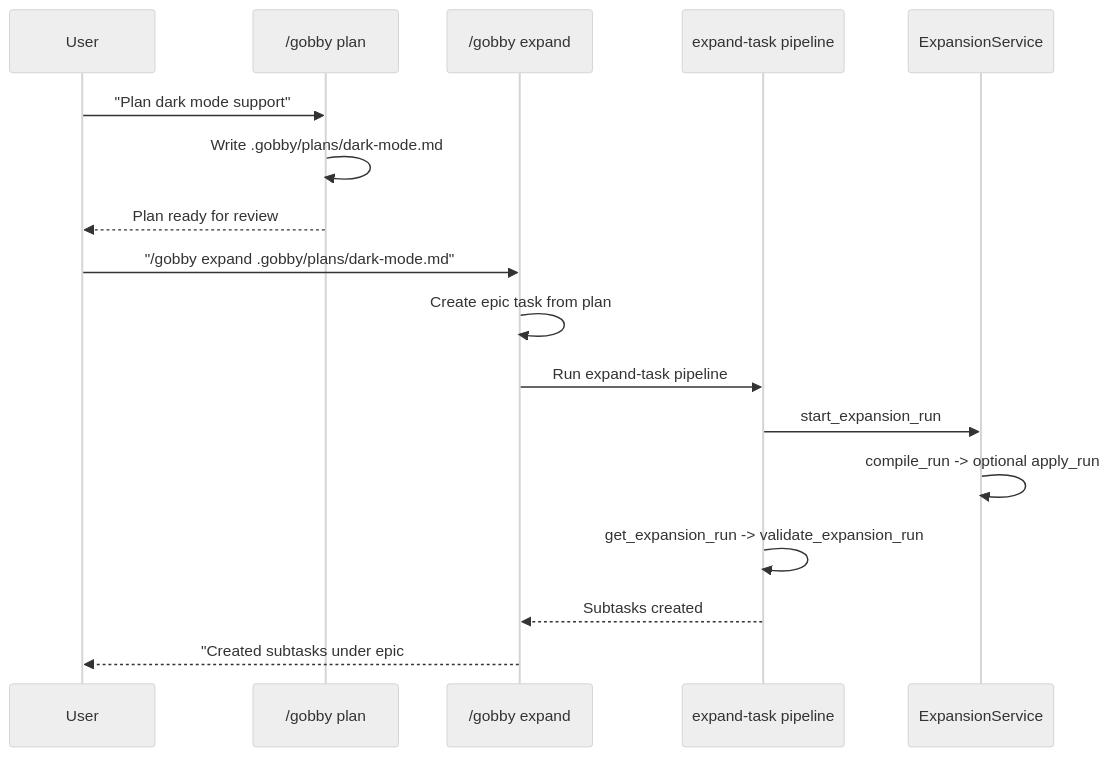
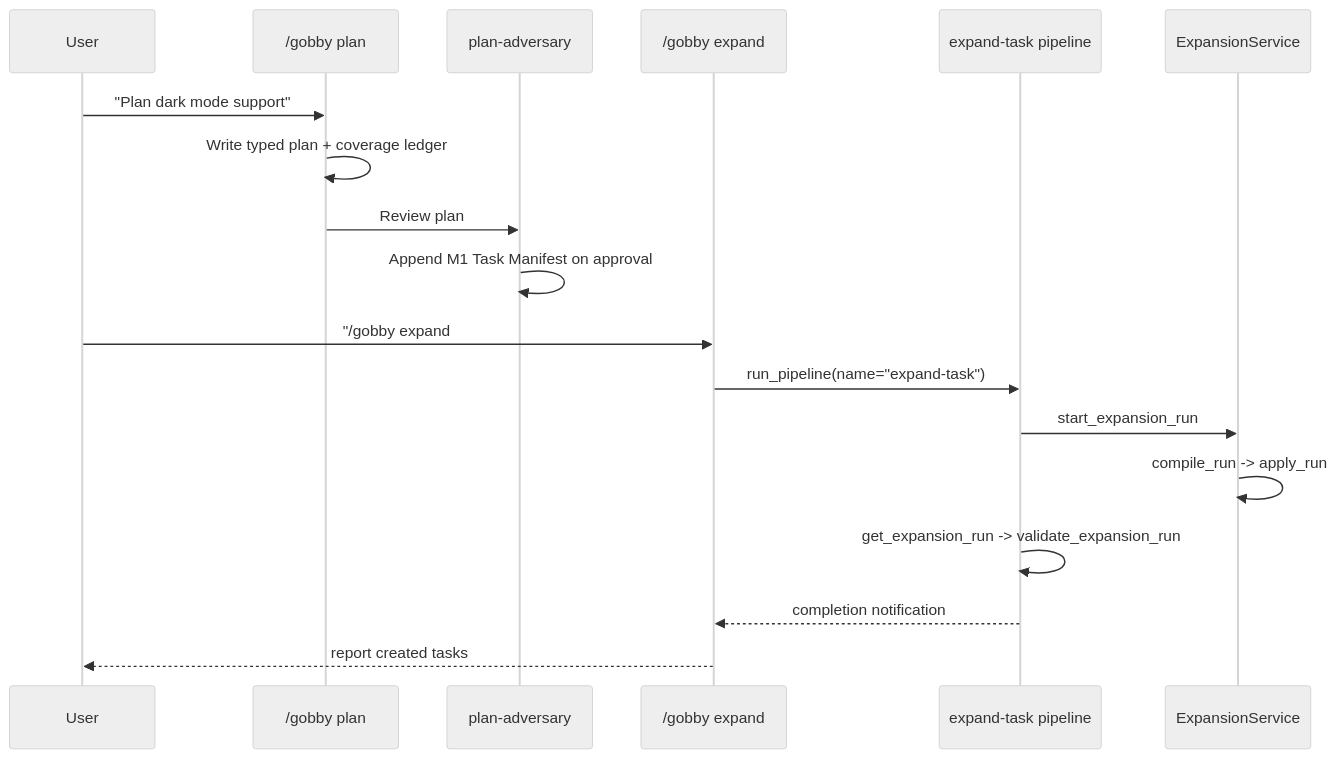
The second of 2 diagrams in docs/guides/task-expansion.md (GobbyAI/gobby), drawn with Mermaid (neutral theme) before and after one commit. The commit also changed other lines of this file, not shown here.

Commit message:
[gobby-#14389] docs: refresh task expansion guide

````diff
--- a/docs/guides/task-expansion.md
+++ b/docs/guides/task-expansion.md
@@ -170,21 +292,21 @@
 ```mermaid
 sequenceDiagram
     participant U as User
     participant P as /gobby plan
+    participant R as plan-adversary
     participant E as /gobby expand
     participant EP as expand-task pipeline
     participant XS as ExpansionService
 
     U->>P: "Plan dark mode support"
-    P->>P: Write .gobby/plans/dark-mode.md
-    P-->>U: Plan ready for review
-
-    U->>E: "/gobby expand .gobby/plans/dark-mode.md"
-    E->>E: Create epic task from plan
-    E->>EP: Run expand-task pipeline
+    P->>P: Write typed plan + coverage ledger
+    P->>R: Review plan
+    R->>R: Append M1 Task Manifest on approval
+    U->>E: "/gobby expand #42 .gobby/plans/dark-mode.md"
+    E->>EP: run_pipeline(name="expand-task")
     EP->>XS: start_expansion_run
-    XS->>XS: compile_run -> optional apply_run
+    XS->>XS: compile_run -> apply_run
     EP->>EP: get_expansion_run -> validate_expansion_run
-    EP-->>E: Subtasks created
-    E-->>U: "Created subtasks under epic #42"
+    EP-->>E: completion notification
+    E-->>U: report created tasks
 ```
````
